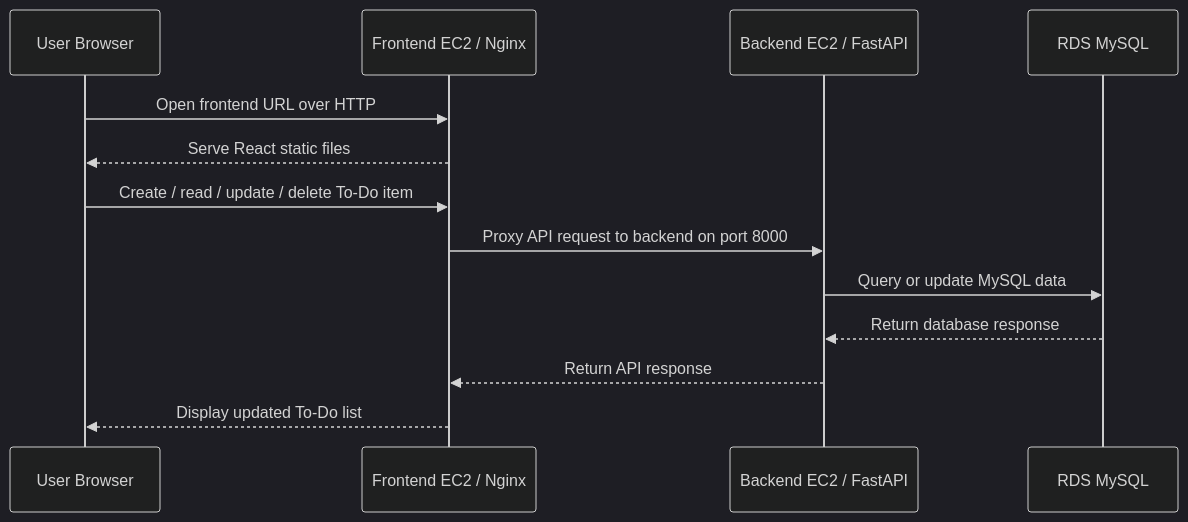
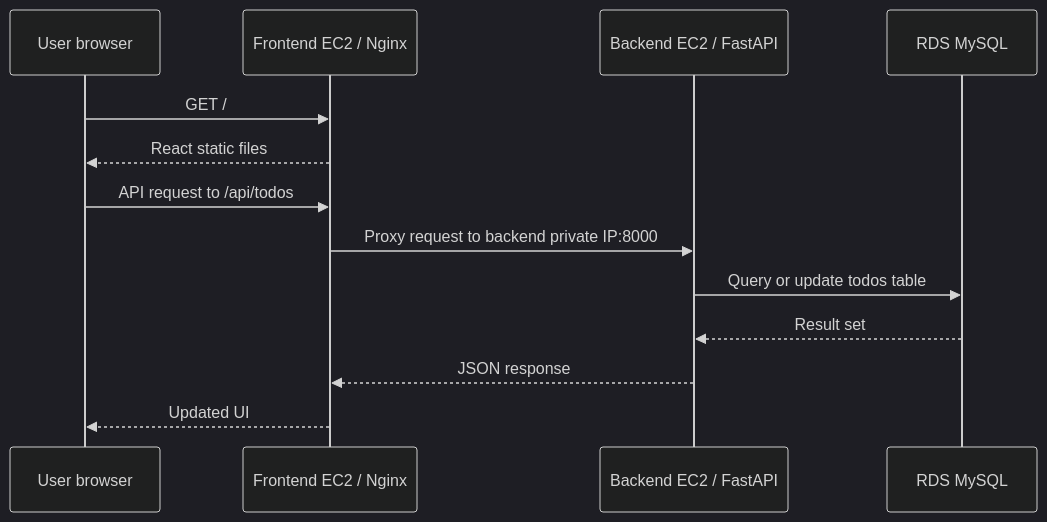
The third of 6 diagrams in README.md (Olalekog/todo-3tier-app), drawn with Mermaid (dark theme) before and after one commit. The commit also changed other lines of this file, not shown here.

````diff
--- a/README.md
+++ b/README.md
@@ -213,16 +149,16 @@
 ```mermaid
 sequenceDiagram
-    participant User as User Browser
+    participant U as User browser
     participant FE as Frontend EC2 / Nginx
     participant BE as Backend EC2 / FastAPI
     participant DB as RDS MySQL
 
-    User->>FE: Open frontend URL over HTTP
-    FE-->>User: Serve React static files
-    User->>FE: Create / read / update / delete To-Do item
-    FE->>BE: Proxy API request to backend on port 8000
-    BE->>DB: Query or update MySQL data
-    DB-->>BE: Return database response
-    BE-->>FE: Return API response
-    FE-->>User: Display updated To-Do list
+    U->>FE: GET /
+    FE-->>U: React static files
+    U->>FE: API request to /api/todos
+    FE->>BE: Proxy request to backend private IP:8000
+    BE->>DB: Query or update todos table
+    DB-->>BE: Result set
+    BE-->>FE: JSON response
+    FE-->>U: Updated UI
 ```
````
